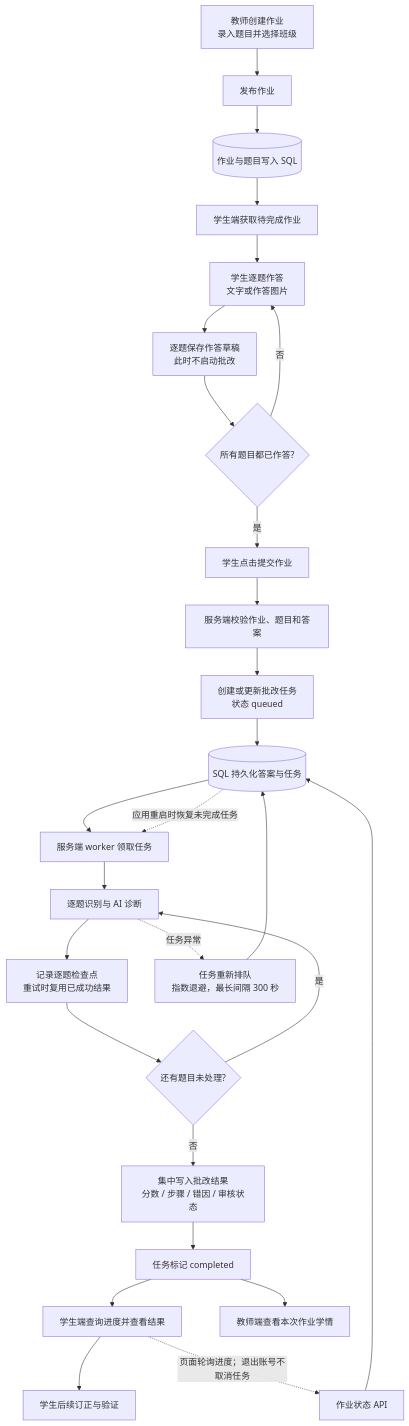
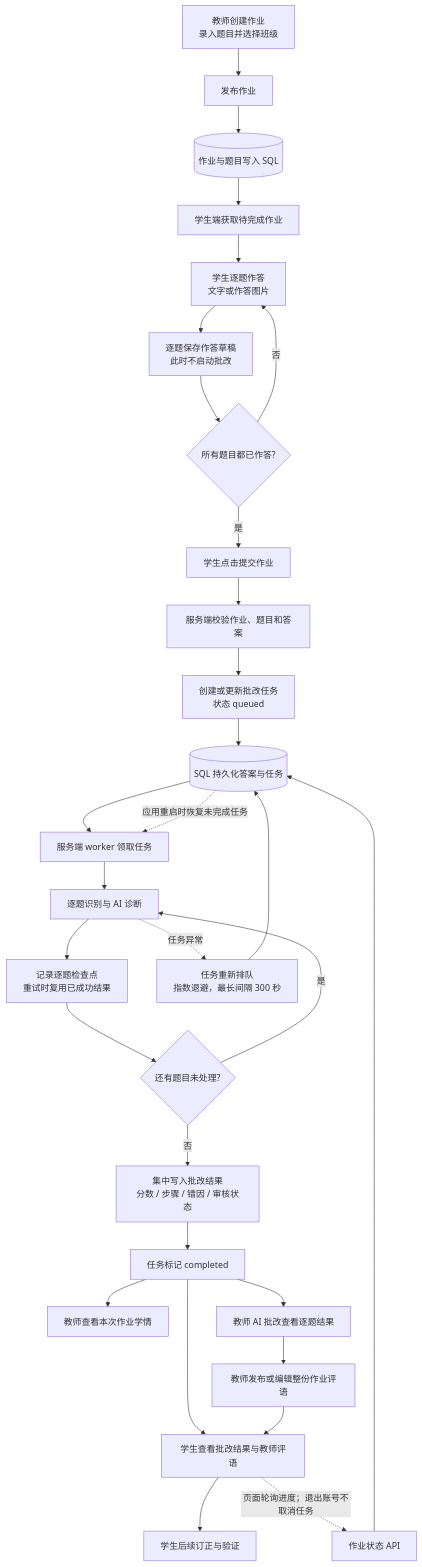
Before and after one commit to iLian-150/Remedi: the first of 4 diagrams in docs/技术资料/workflows.md, drawn with Mermaid. The commit also changed other lines of this file and 2 other files, not shown here.

Commit message:
补充教师评语流程文档
更新项目概览、批改工作流及数据接口索引，说明教师发布评语和学生查看位置。

````diff
--- a/docs/技术资料/workflows.md
+++ b/docs/技术资料/workflows.md
@@ -7,30 +7,33 @@
 ```mermaid
 flowchart TD
     T[教师创建作业\n录入题目并选择班级] --> P[发布作业]
     P --> A[(作业与题目写入 SQL)]
     A --> L[学生端获取待完成作业]
     L --> W[学生逐题作答\n文字或作答图片]
     W --> S[逐题保存作答草稿\n此时不启动批改]
     S --> C{所有题目都已作答?}
     C -->|否| W
     C -->|是| Submit[学生点击提交作业]
     Submit --> V[服务端校验作业、题目和答案]
     V --> Q[创建或更新批改任务\n状态 queued]
     Q --> DB[(SQL 持久化答案与任务)]
     DB --> Worker[服务端 worker 领取任务]
     Worker --> Grade[逐题识别与 AI 诊断]
     Grade --> CP[记录逐题检查点\n重试时复用已成功结果]
     CP --> More{还有题目未处理?}
     More -->|是| Grade
     More -->|否| Save[集中写入批改结果\n分数 / 步骤 / 错因 / 审核状态]
     Save --> Done[任务标记 completed]
-    Done --> Student[学生端查询进度并查看结果]
-    Done --> Teacher[教师端查看本次作业学情]
+    Done --> Student[学生查看批改结果与教师评语]
+    Done --> Teacher[教师查看本次作业学情]
+    Done --> TeacherGrading[教师 AI 批改查看逐题结果]
+    TeacherGrading --> TeacherComment[教师发布或编辑整份作业评语]
+    TeacherComment --> Student
     Student --> Correction[学生后续订正与验证]
 
     Grade -. 任务异常 .-> Retry[任务重新排队\n指数退避，最长间隔 300 秒]
     Retry --> DB
     DB -. 应用重启时恢复未完成任务 .-> Worker
     Student -. 页面轮询进度；退出账号不取消任务 .-> StatusAPI[作业状态 API]
     StatusAPI --> DB
 ```
````
